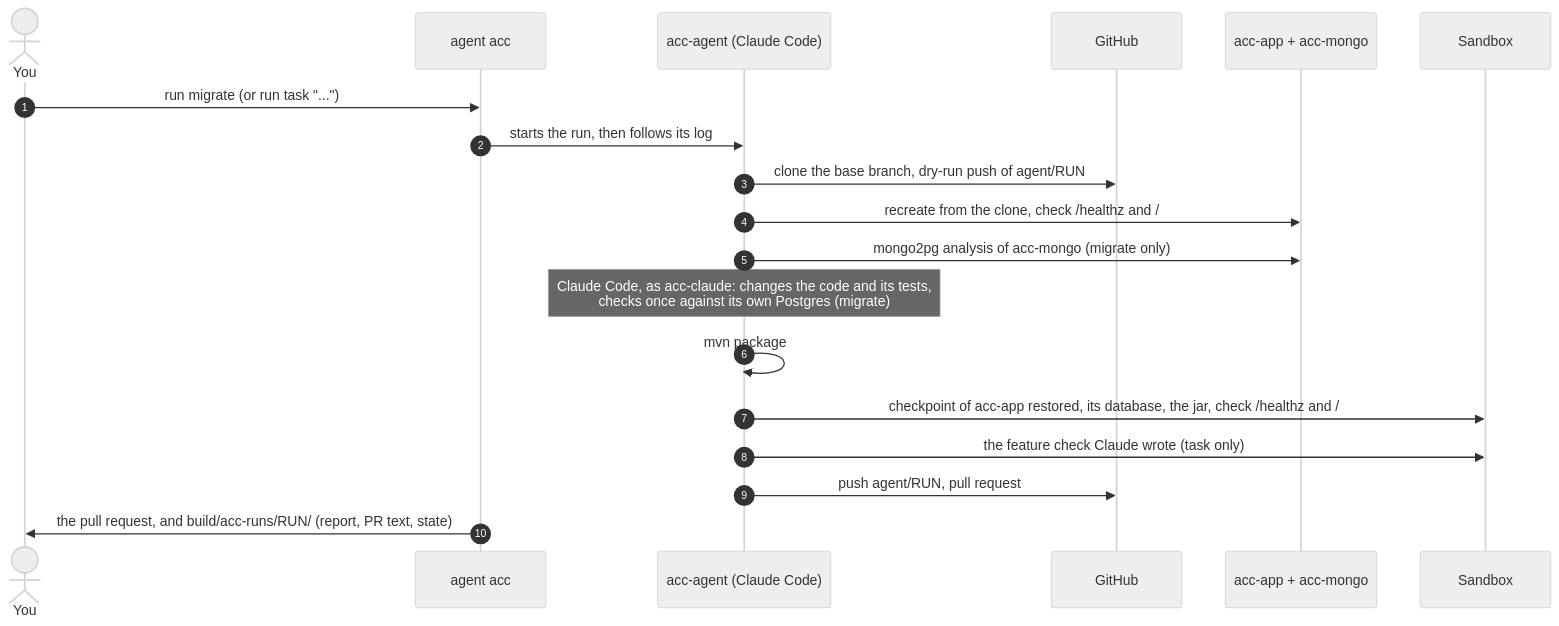
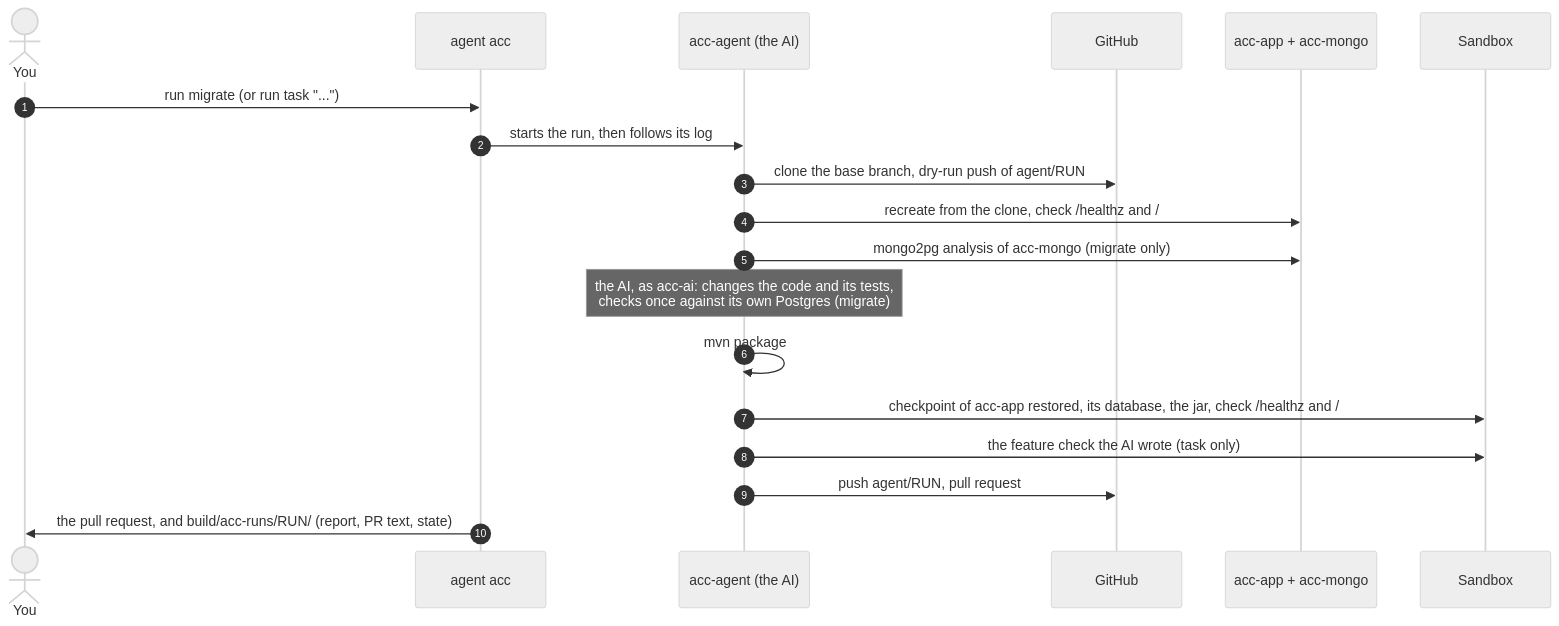
The second of 2 diagrams in docs/acc.md (bertrandcedric/nevia-agent), drawn with Mermaid (neutral theme) before and after one commit. The commit also changed other lines of this file and 49 other files, not shown here.

````diff
--- a/docs/acc.md
+++ b/docs/acc.md
@@ -47,22 +48,22 @@
 ```mermaid
 sequenceDiagram
     autonumber
     actor you as You
     participant cli as agent acc
-    participant agent as acc-agent (Claude Code)
+    participant agent as acc-agent (the AI)
     participant gh as GitHub
     participant stack as acc-app + acc-mongo
     participant sb as Sandbox
 
     you->>cli: run migrate (or run task "...")
     cli->>agent: starts the run, then follows its log
     agent->>gh: clone the base branch, dry-run push of agent/RUN
     agent->>stack: recreate from the clone, check /healthz and /
     agent->>stack: mongo2pg analysis of acc-mongo (migrate only)
-    Note over agent: Claude Code, as acc-claude: changes the code and its tests,<br/>checks once against its own Postgres (migrate)
+    Note over agent: the AI, as acc-ai: changes the code and its tests,<br/>checks once against its own Postgres (migrate)
     agent->>agent: mvn package
     agent->>sb: checkpoint of acc-app restored, its database, the jar, check /healthz and /
-    agent->>sb: the feature check Claude wrote (task only)
+    agent->>sb: the feature check the AI wrote (task only)
     agent->>gh: push agent/RUN, pull request
     cli->>you: the pull request, and build/acc-runs/RUN/ (report, PR text, state)
 ```
````
